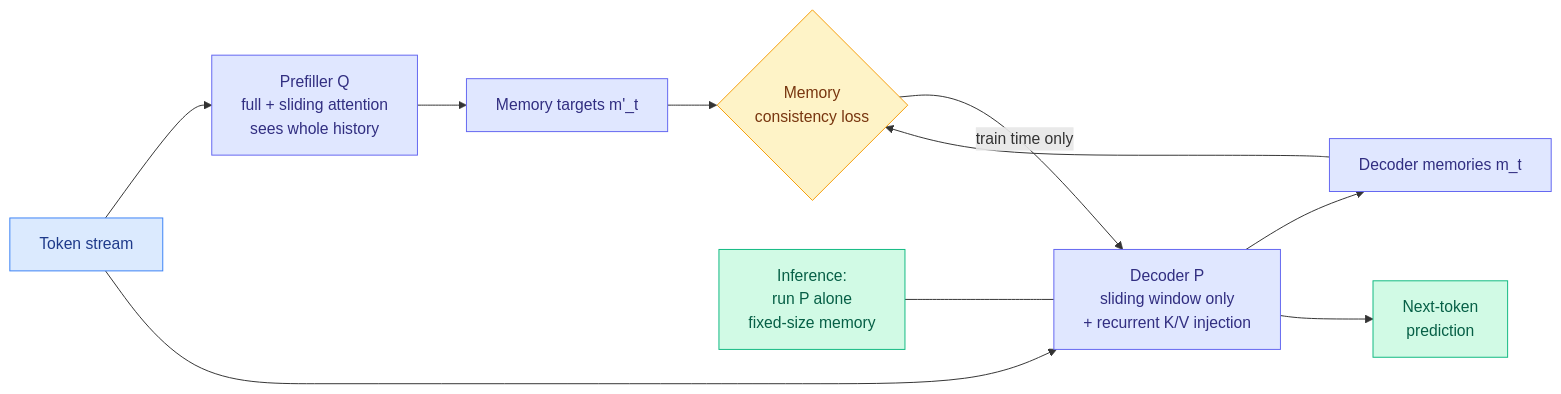
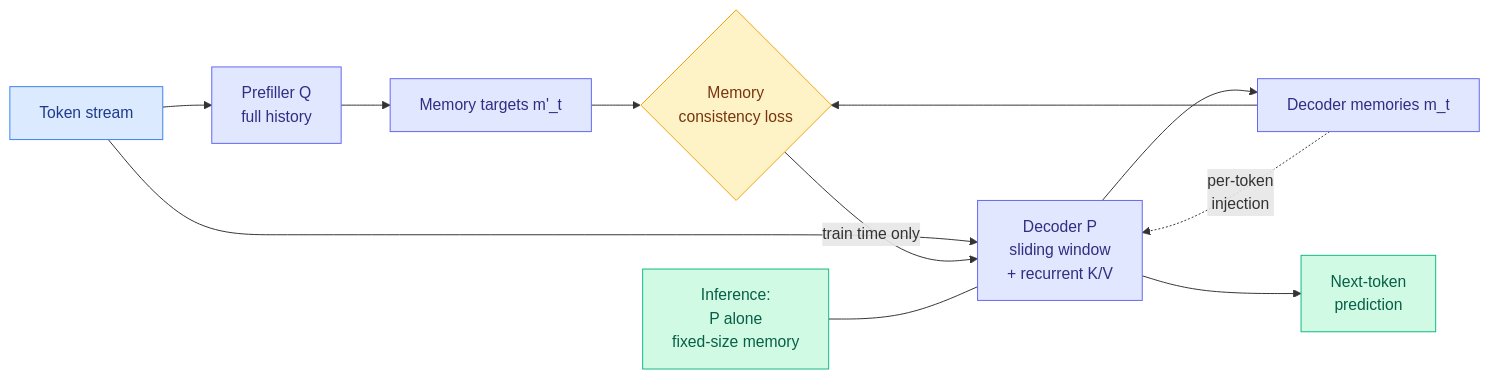
Before and after one commit to bayesiansapien/cere-bro: the third of 5 diagrams in wiki/daily-digest/2026-08/2026-08-16.md, drawn with Mermaid. The commit also changed other lines of this file, not shown here.

````diff
--- a/wiki/daily-digest/2026-08/2026-08-16.md
+++ b/wiki/daily-digest/2026-08/2026-08-16.md
@@ -89,20 +145,21 @@
 ```mermaid
 flowchart LR
-  X[Token stream] --> Q[Prefiller Q<br/>full + sliding attention<br/>sees whole history]
-  X --> P[Decoder P<br/>sliding window only<br/>+ recurrent K/V injection]
+  X[Token stream] --> Q[Prefiller Q<br/>full history]
+  X --> P[Decoder P<br/>sliding window<br/>+ recurrent K/V]
   Q --> MT["Memory targets m'_t"]
   P --> MD["Decoder memories m_t"]
   MT --> L{Memory<br/>consistency loss}
   MD --> L
   L -->|train time only| P
   P --> NT[Next-token<br/>prediction]
-  INF[Inference:<br/>run P alone<br/>fixed-size memory] --- P
+  MD -.->|per-token<br/>injection| P
+  INF[Inference:<br/>P alone<br/>fixed-size memory] --- P
   classDef input fill:#dbeafe,stroke:#3b82f6,color:#1e3a8a
   classDef decision fill:#fef3c7,stroke:#f59e0b,color:#78350f
   classDef output fill:#d1fae5,stroke:#10b981,color:#065f46
   classDef aux fill:#e0e7ff,stroke:#6366f1,color:#312e81
   class X input
   class L decision
   class NT,INF output
   class Q,P,MT,MD aux
 ```
````
